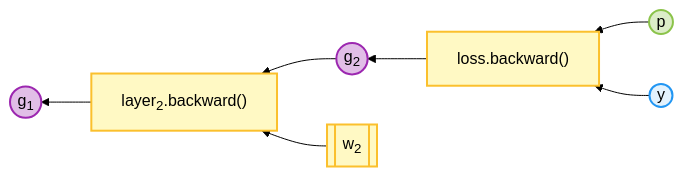
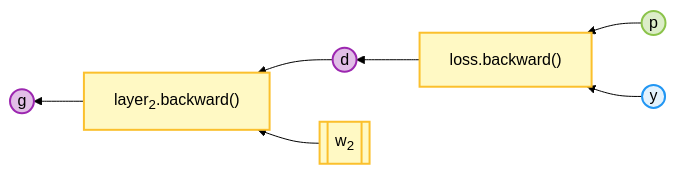
The diagram in mermaid-scripts/01-layer-backward.mmd (GPTmini/GPTmini), drawn with Mermaid (forest theme) before and after one commit. The commit also changed 6 other files, not shown here.

```diff
--- a/mermaid-scripts/01-layer-backward.mmd
+++ b/mermaid-scripts/01-layer-backward.mmd
@@ -1,12 +1,12 @@
 flowchart RL
     classDef in fill:#E3F2FD,stroke:#2196F3,stroke-width:2px;
     classDef model fill:#FFF9C4,stroke:#FBC02D,stroke-width:2px;
     classDef data fill:#E1BEE7,stroke:#9C27B0,stroke-width:2px;
     classDef test fill:#F8BBD0,stroke:#E91E63,stroke-width:2px;
     classDef out fill:#DCEDC8,stroke:#8BC34A,stroke-width:2px;
     classDef skip stroke:#B0BEC5,stroke-width:2px,stroke-dasharray: 5 5;
 
-    P((p)):::out --> G1["loss.backward()"]:::model --> og((g<sub>2</sub>)):::data
-    og --> G2["layer<sub>2</sub>.backward()"]:::model --> hg((g<sub>1</sub>)):::data
+    P((p)):::out --> G1["loss.backward()"]:::model --> og((d)):::data
+    og --> G2["layer<sub>2</sub>.backward()"]:::model --> hg((g)):::data
     Y((y)):::in --> G1
     W2[[w<sub>2</sub>]]:::model --> G2
```
